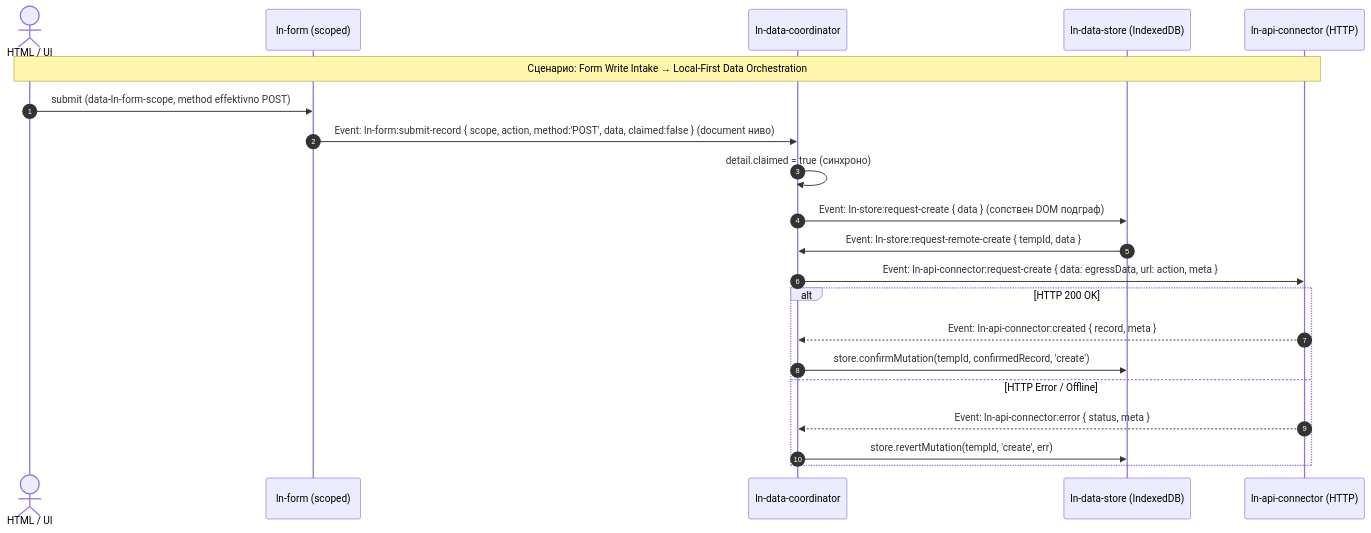
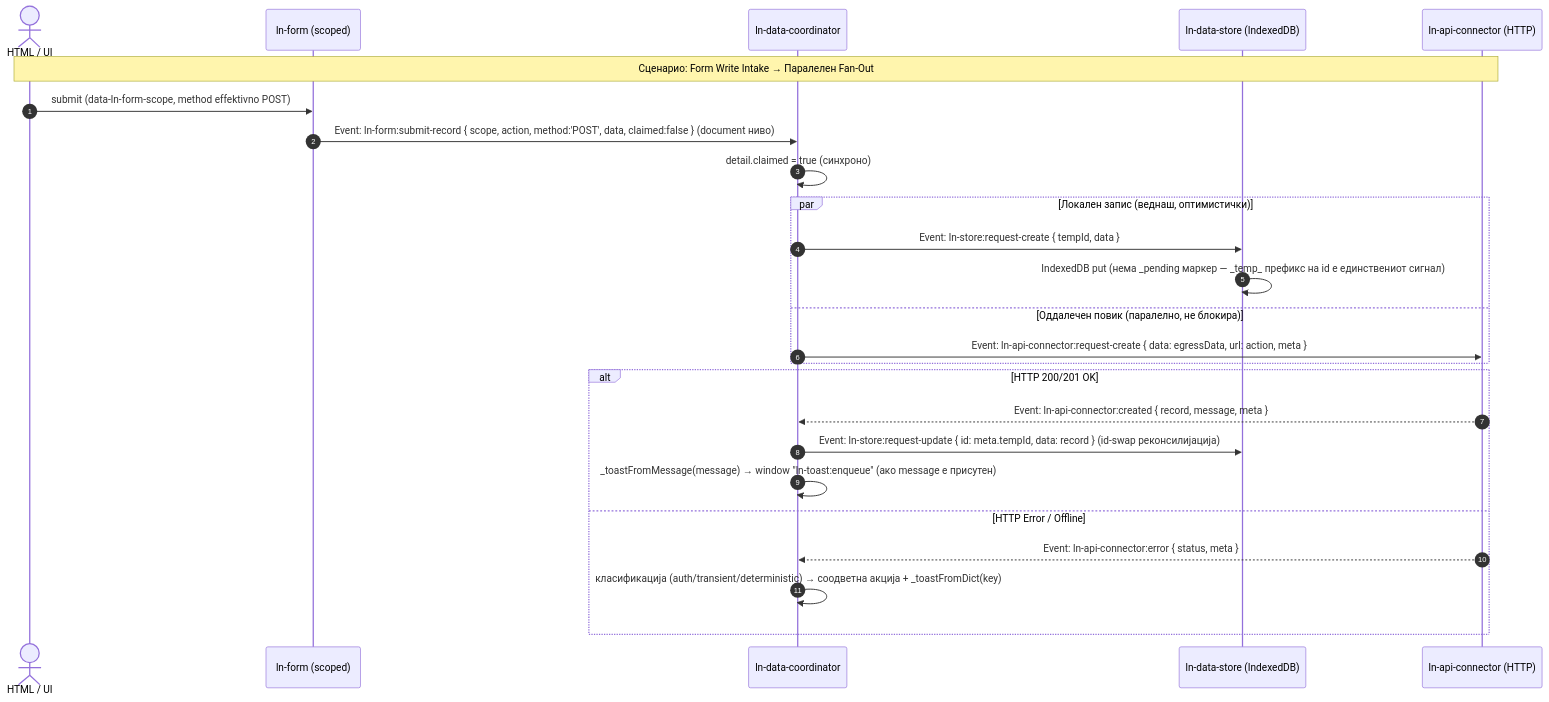
The diagram in architecture_docs_draft/components/ln-data-coordinator.md (livenetworks/ln-ashlar), drawn with Mermaid before and after one commit. The commit also changed other lines of this file and 9 other files, not shown here.

First line of the commit message:
refactor(couchdb-connector): wave-2 parity with write-pipeline v2 — meta pass-through, {message,content} envelope unwrap; stale-docs sweep

````diff
--- a/architecture_docs_draft/components/ln-data-coordinator.md
+++ b/architecture_docs_draft/components/ln-data-coordinator.md
@@ -173,24 +174,28 @@
 ```mermaid
 sequenceDiagram
     autonumber
     actor Dev as HTML / UI
     participant Form as ln-form (scoped)
     participant Coord as ln-data-coordinator
     participant Store as ln-data-store (IndexedDB)
     participant Conn as ln-api-connector (HTTP)
 
-    Note over Dev, Conn: Сценарио: Form Write Intake → Local-First Data Orchestration
+    Note over Dev, Conn: Сценарио: Form Write Intake → Паралелен Fan-Out
     Dev->>Form: submit (data-ln-form-scope, method effektivno POST)
     Form->>Coord: Event: ln-form:submit-record { scope, action, method:'POST', data, claimed:false } (document ниво)
     Coord->>Coord: detail.claimed = true (синхроно)
-    Coord->>Store: Event: ln-store:request-create { data } (сопствен DOM подграф)
-    Store->>Coord: Event: ln-store:request-remote-create { tempId, data }
-    Coord->>Conn: Event: ln-api-connector:request-create { data: egressData, url: action, meta }
-    alt HTTP 200 OK
-        Conn-->>Coord: Event: ln-api-connector:created { record, meta }
-        Coord->>Store: store.confirmMutation(tempId, confirmedRecord, 'create')
+    par Локален запис (веднаш, оптимистички)
+        Coord->>Store: Event: ln-store:request-create { tempId, data }
+        Store->>Store: IndexedDB put (нема _pending маркер — _temp_ префикс на id е единствениот сигнал)
+    and Оддалечен повик (паралелно, не блокира)
+        Coord->>Conn: Event: ln-api-connector:request-create { data: egressData, url: action, meta }
+    end
+    alt HTTP 200/201 OK
+        Conn-->>Coord: Event: ln-api-connector:created { record, message, meta }
+        Coord->>Store: Event: ln-store:request-update { id: meta.tempId, data: record } (id-swap реконсилијација)
+        Coord->>Coord: _toastFromMessage(message) → window "ln-toast:enqueue" (ако message е присутен)
     else HTTP Error / Offline
         Conn-->>Coord: Event: ln-api-connector:error { status, meta }
-        Coord->>Store: store.revertMutation(tempId, 'create', err)
+        Coord->>Coord: класификација (auth/transient/deterministic) → соодветна акција + _toastFromDict(key)
     end
 ```
````
